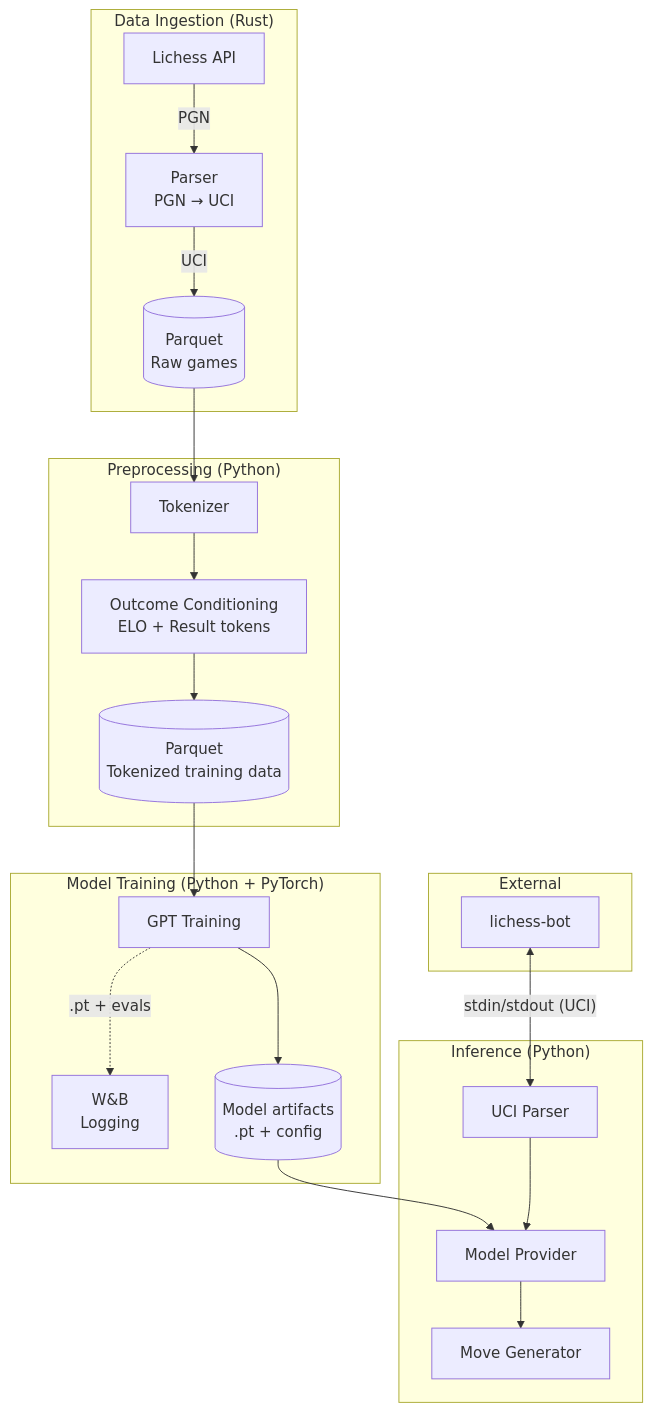
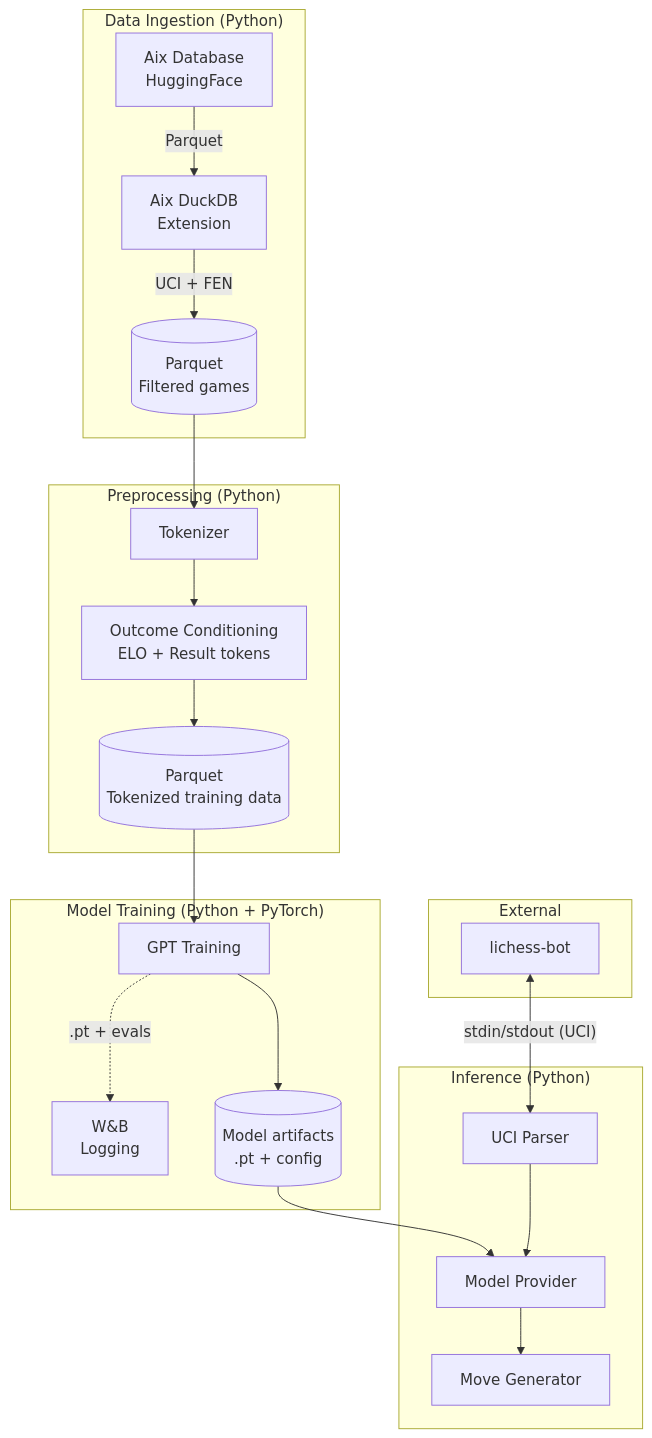
The second of 2 diagrams in README.md (KSI-ML-research/krasnal), drawn with Mermaid before and after one commit. The commit also changed other lines of this file and 135 other files, not shown here.

````diff
--- a/README.md
+++ b/README.md
@@ -46,38 +46,38 @@
 ```mermaid
 flowchart TD
-    subgraph Data["Data Ingestion (Rust)"]
-        LichessAPI[Lichess API]
-        Parser[Parser<br/>PGN → UCI]
-        ParquetRaw[("Parquet<br/>Raw games")]
+    subgraph Data["Data Ingestion (Python)"]
+        AixDB[Aix Database<br/>HuggingFace]
+        DuckDB[Aix DuckDB<br/>Extension]
+        ParquetRaw[("Parquet<br/>Filtered games")]
     end
 
     subgraph Preprocess["Preprocessing (Python)"]
         Tokenizer[Tokenizer]
         Conditioning[Outcome Conditioning<br/>ELO + Result tokens]
         ParquetTokenized[("Parquet<br/>Tokenized training data")]
     end
 
     subgraph Training["Model Training (Python + PyTorch)"]
         WAndB[W&B<br/>Logging]
         GPTTraining[GPT Training]
         Artifacts[("Model artifacts<br/>.pt + config")]
     end
 
     subgraph Inference["Inference (Python)"]
         UCI[UCI Parser]
         Provider[Model Provider]
         Generator[Move Generator]
     end
 
     subgraph External["External"]
         LichessBot[lichess-bot]
     end
 
-    LichessAPI -->|"PGN"| Parser -->|"UCI"| ParquetRaw
+    AixDB -->|"Parquet"| DuckDB -->|"UCI + FEN"| ParquetRaw
     ParquetRaw --> Tokenizer --> Conditioning --> ParquetTokenized
     ParquetTokenized --> GPTTraining --> Artifacts
     GPTTraining -.->|".pt + evals"| WAndB
     Artifacts --> Provider
     LichessBot <--"stdin/stdout (UCI)"--> UCI
     UCI --> Provider --> Generator
 ```
````
